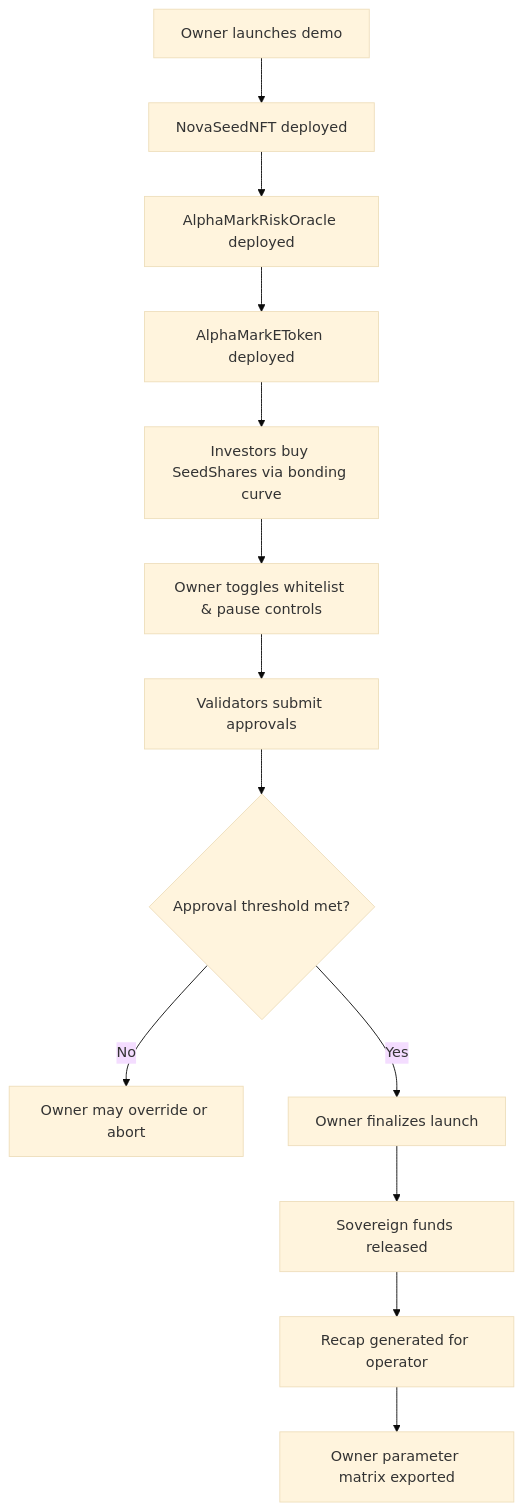
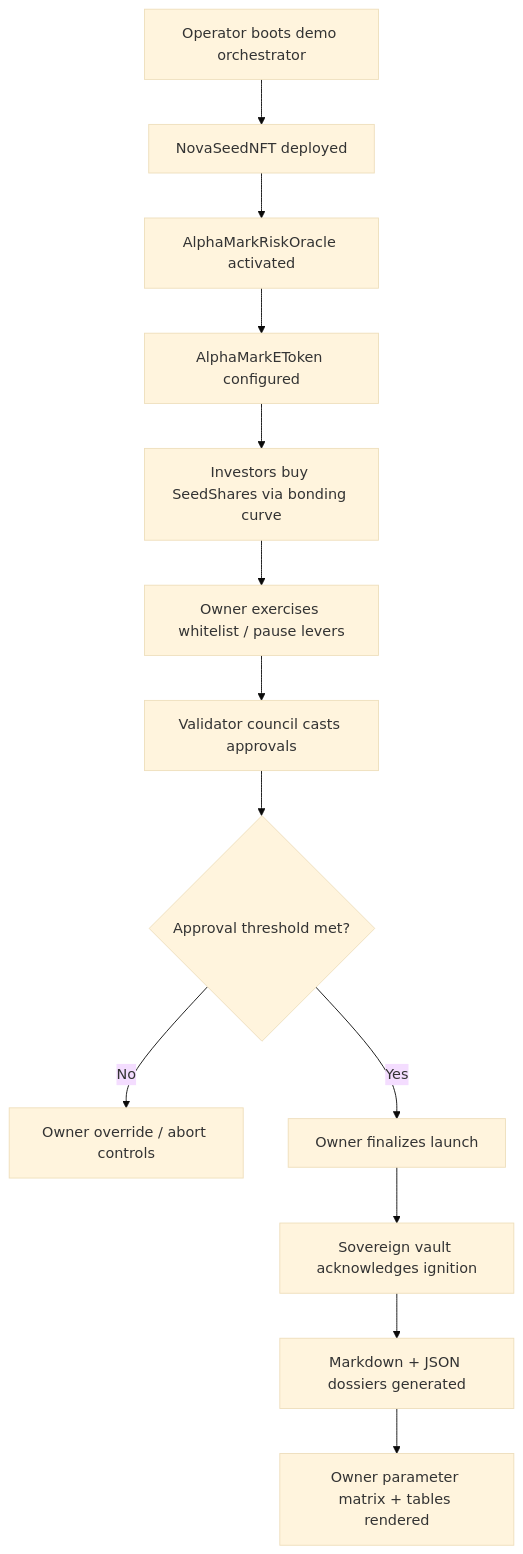
Before and after one commit to MontrealAI/AGIJobsv0: the diagram in demo/alpha-agi-mark/runbooks/alpha-agi-mark-flow.mmd, drawn with Mermaid (base theme). The commit also changed 7 other files, not shown here.

Commit message:
Enhance alpha AGI MARK demo recap and documentation

````diff
--- a/demo/alpha-agi-mark/runbooks/alpha-agi-mark-flow.mmd
+++ b/demo/alpha-agi-mark/runbooks/alpha-agi-mark-flow.mmd
@@ -1,15 +1,15 @@
 ```mermaid
 graph TD
-    A[Owner launches demo] --> B[NovaSeedNFT deployed]
-    B --> C[AlphaMarkRiskOracle deployed]
-    C --> D[AlphaMarkEToken deployed]
+    A[Operator boots demo orchestrator] --> B[NovaSeedNFT deployed]
+    B --> C[AlphaMarkRiskOracle activated]
+    C --> D[AlphaMarkEToken configured]
     D --> E[Investors buy SeedShares via bonding curve]
-    E --> F[Owner toggles whitelist & pause controls]
-    F --> G[Validators submit approvals]
+    E --> F[Owner exercises whitelist / pause levers]
+    F --> G[Validator council casts approvals]
     G --> H{Approval threshold met?}
-    H -- No --> I[Owner may override or abort]
+    H -- No --> I[Owner override / abort controls]
     H -- Yes --> J[Owner finalizes launch]
-    J --> K[Sovereign funds released]
-    K --> L[Recap generated for operator]
-    L --> M[Owner parameter matrix exported]
+    J --> K[Sovereign vault acknowledges ignition]
+    K --> L[Markdown + JSON dossiers generated]
+    L --> M[Owner parameter matrix + tables rendered]
 ```
````
